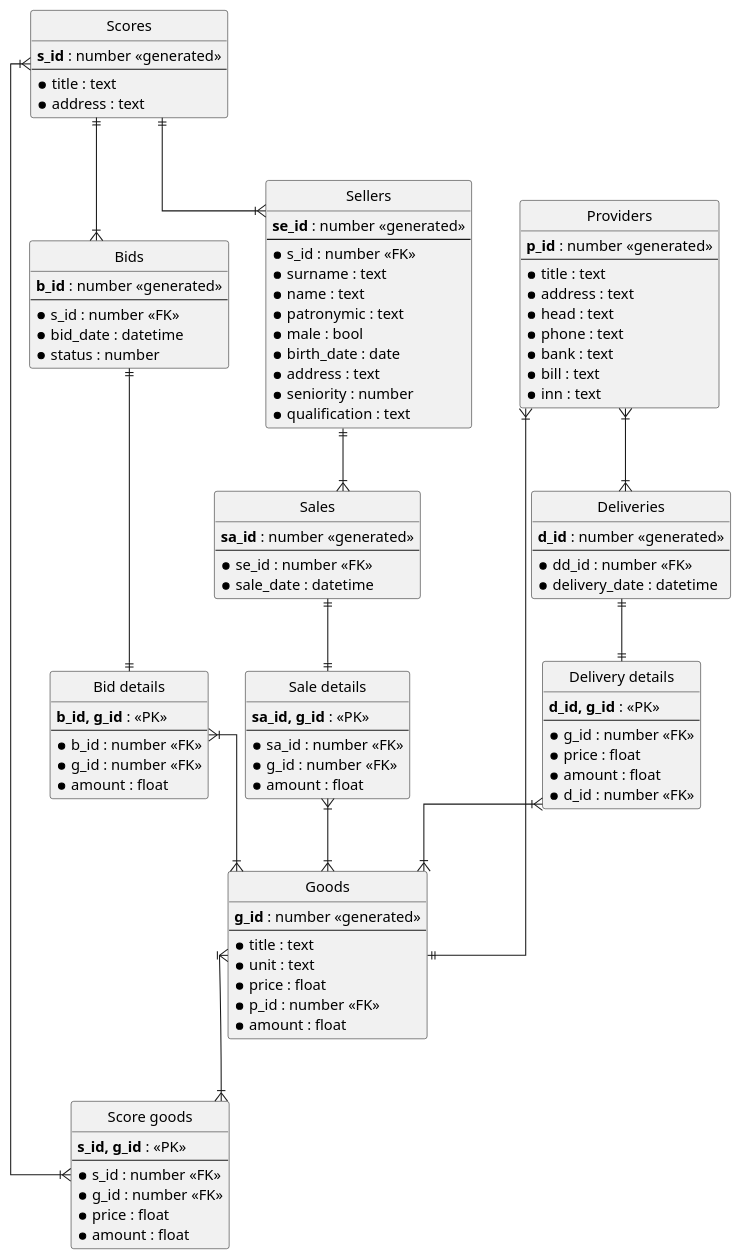
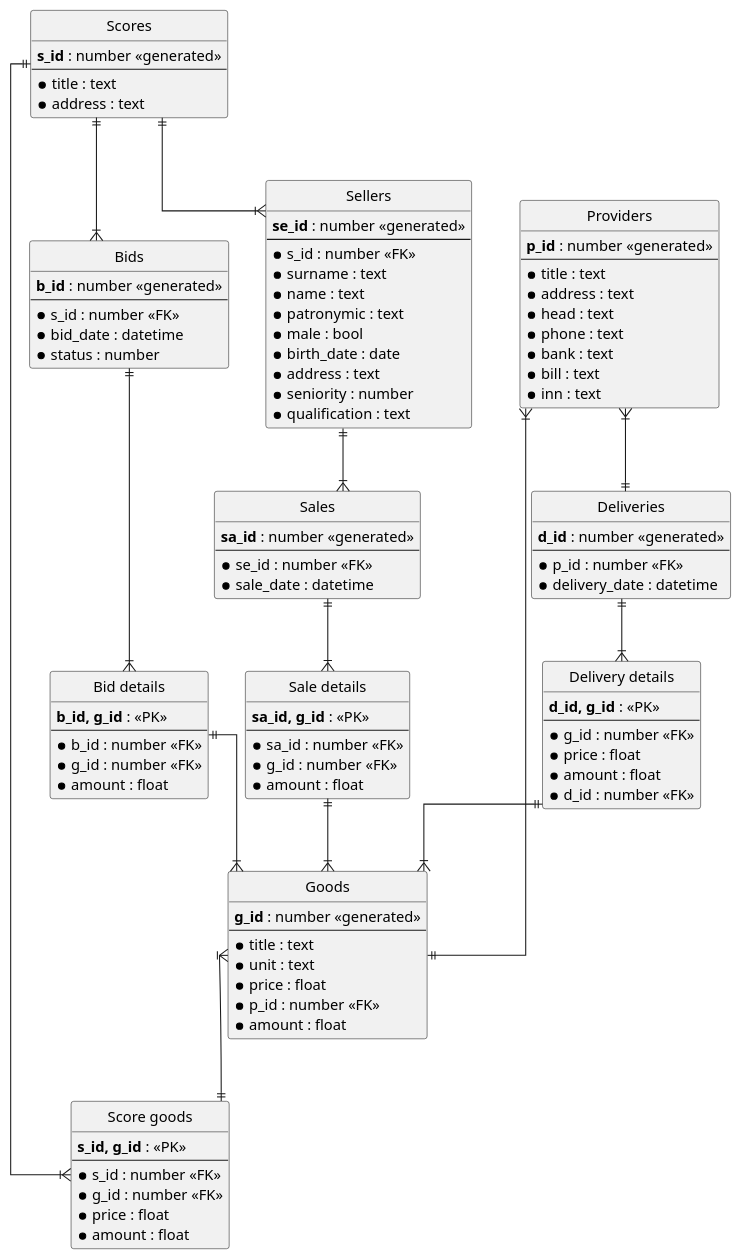
The diagram in m_1_semester/inf_enterpr/er-diagram.puml (Shamann1101/SibSutis), drawn with PlantUML before and after one commit.

Commit message:
Fix diagram one more time

```diff
--- a/m_1_semester/inf_enterpr/er-diagram.puml
+++ b/m_1_semester/inf_enterpr/er-diagram.puml
@@ -1,123 +1,123 @@
 @startuml
 
 hide circle
 skinparam linetype ortho
 
 entity "Scores" as s {
   **s_id** : number <<generated>>
   --
   *title : text
   *address : text
 }
 
 entity "Providers" as p {
   **p_id** : number <<generated>>
   --
   *title : text
   *address : text
   *head : text
   *phone : text
   *bank : text
   *bill : text
   *inn : text
 }
 
 entity "Goods" as g {
   **g_id** : number <<generated>>
   --
   *title : text
   *unit : text
   *price : float
   *p_id : number <<FK>>
   *amount : float
 }
 
 entity "Score goods" as sg {
   **s_id, g_id** : <<PK>>
   --
   *s_id : number <<FK>>
   *g_id : number <<FK>>
   *price : float
   *amount : float
 }
 
 entity "Deliveries" as d {
   **d_id** : number <<generated>>
   --
-  *dd_id : number <<FK>>
+  *p_id : number <<FK>>
   *delivery_date : datetime
 }
 
 entity "Delivery details" as dd {
   **d_id, g_id** : <<PK>>
   --
   *g_id : number <<FK>>
   *price : float
   *amount : float
   *d_id : number <<FK>>
 }
 
 entity "Bids" as b {
   **b_id** : number <<generated>>
   --
   *s_id : number <<FK>>
   *bid_date : datetime
   *status : number
 }
 
 entity "Bid details" as bd {
   **b_id, g_id** : <<PK>>
   --
   *b_id : number <<FK>>
   *g_id : number <<FK>>
   *amount : float
 }
 
 entity "Sellers" as se {
   **se_id** : number <<generated>>
   --
   *s_id : number <<FK>>
   *surname : text
   *name : text
   *patronymic : text
   *male : bool
   *birth_date : date
   *address : text
   *seniority : number
   *qualification : text
 }
 
 entity "Sales" as sa {
   **sa_id** : number <<generated>>
   --
   *se_id : number <<FK>>
   *sale_date : datetime
 }
 
 entity "Sale details" as sd {
   **sa_id, g_id** : <<PK>>
   --
   *sa_id : number <<FK>>
   *g_id : number <<FK>>
   *amount : float
 }
 
 s ||--|{ se
-s }|--|{ sg
+s ||--|{ sg
 s ||--|{ b
 
-b ||--|| bd
-bd }|--|{ g
+b ||--|{ bd
+bd ||--|{ g
 
-p }|--|{ d
-d ||--|| dd
-dd }|--|{ g
+p }|--|| d
+d ||--|{ dd
+dd ||--|{ g
 
 p }|--|| g
-g }|--|{ sg
+g }|--|| sg
 
-sa ||--|| sd
-sd }|--|{ g
+sa ||--|{ sd
+sd ||--|{ g
 se ||--|{ sa
 
 @enduml
```
